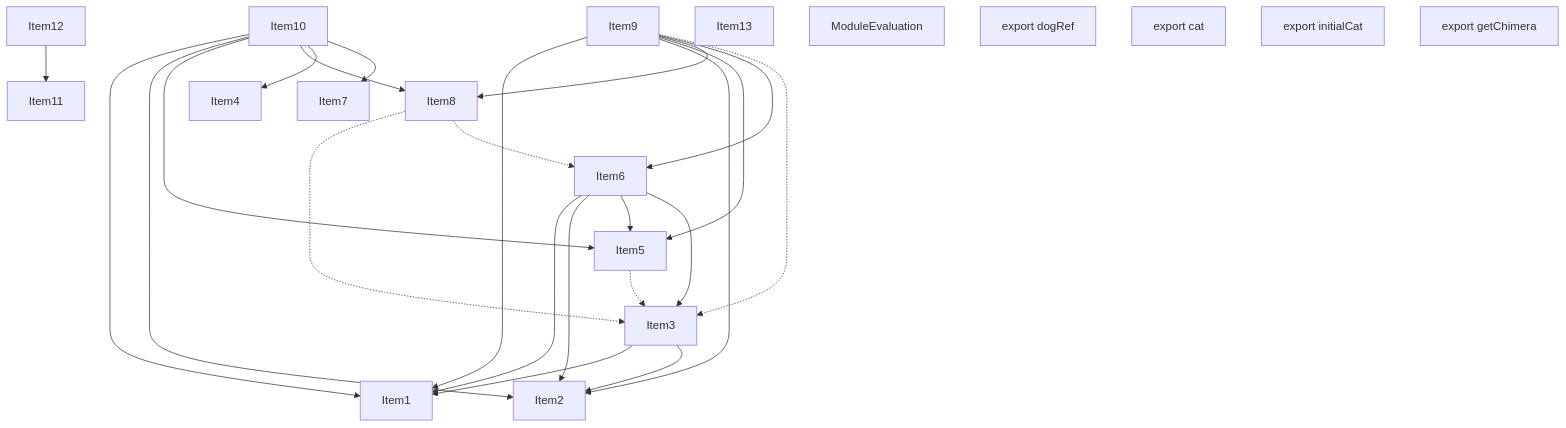
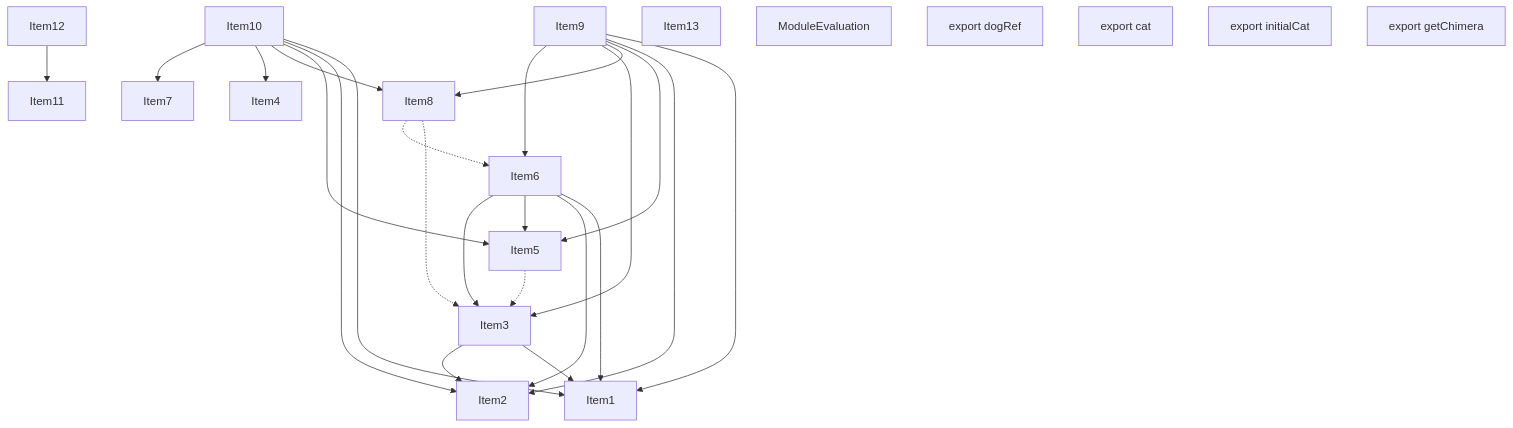
Before and after one commit to vercel/turborepo: the second of 5 diagrams in crates/turbopack-ecmascript/tests/tree-shaker/analyzer/complex/output.md, drawn with Mermaid. The commit also changed other lines of this file and 1 other file, not shown here.

````diff
--- a/crates/turbopack-ecmascript/tests/tree-shaker/analyzer/complex/output.md
+++ b/crates/turbopack-ecmascript/tests/tree-shaker/analyzer/complex/output.md
@@ -176,48 +176,48 @@
 ```mermaid
 graph TD
     Item1;
     Item2;
     Item3;
     Item4;
     Item5;
     Item6;
     Item7;
     Item8;
     Item9;
     Item10;
     Item11;
     Item12;
     Item13;
     Item14;
     Item14["ModuleEvaluation"];
     Item15;
     Item15["export dogRef"];
     Item16;
     Item16["export cat"];
     Item17;
     Item17["export initialCat"];
     Item18;
     Item18["export getChimera"];
     Item3 --> Item1;
     Item3 --> Item2;
     Item5 -.-> Item3;
     Item6 --> Item1;
     Item6 --> Item2;
     Item6 --> Item5;
     Item6 --> Item3;
     Item8 -.-> Item3;
     Item8 -.-> Item6;
     Item9 --> Item1;
     Item9 --> Item2;
     Item9 --> Item5;
     Item9 --> Item8;
+    Item9 --> Item3;
     Item9 --> Item6;
-    Item9 -.-> Item3;
     Item10 --> Item1;
     Item10 --> Item2;
     Item10 --> Item5;
     Item10 --> Item8;
     Item10 --> Item4;
     Item10 --> Item7;
     Item12 --> Item11;
 ```
````
